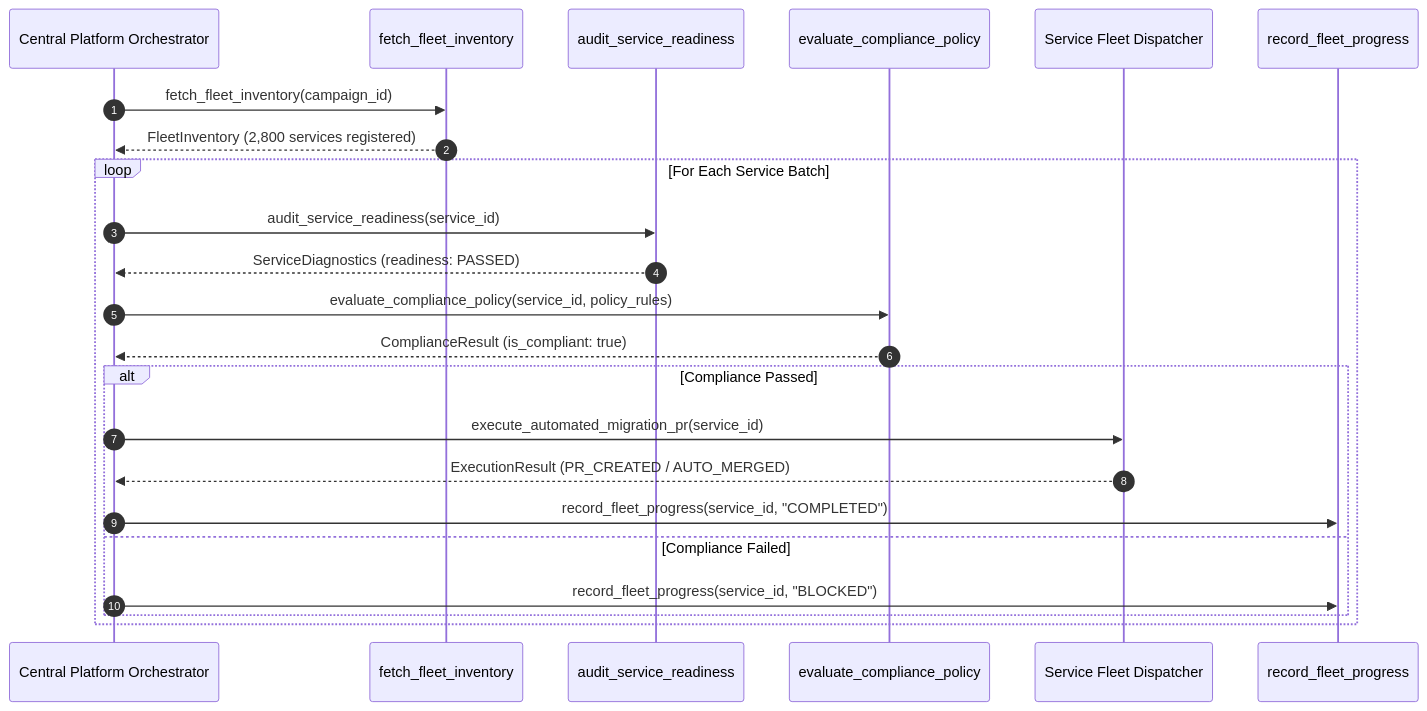
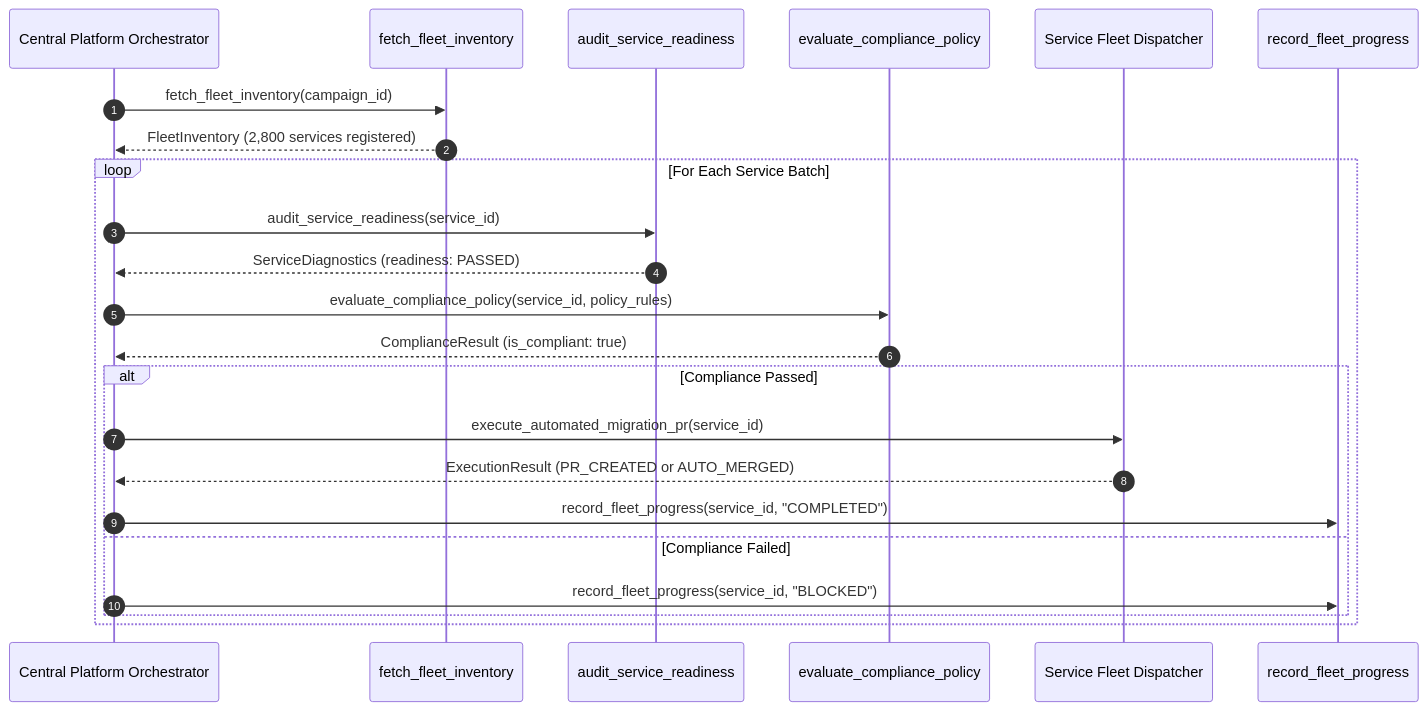
The second of 2 diagrams in notebooks/runbooks/refs/10-core-patterns-and-cutover/central-migration-team-model.md (Chief-Strategist-J/llm-observability-platform), drawn with Mermaid before and after one commit. The commit also changed 35 other files, not shown here.

Commit message:
fix(docs): resolve sequence diagram message label syntax errors across runbook suite

````diff
--- a/notebooks/runbooks/refs/10-core-patterns-and-cutover/central-migration-team-model.md
+++ b/notebooks/runbooks/refs/10-core-patterns-and-cutover/central-migration-team-model.md
@@ -64,29 +64,29 @@
 ```mermaid
 sequenceDiagram
     autonumber
     participant Central as Central Platform Orchestrator
     participant Inventory as fetch_fleet_inventory
     participant Scanner as audit_service_readiness
     participant Policy as evaluate_compliance_policy
     participant Fleet as Service Fleet Dispatcher
     participant Dashboard as record_fleet_progress
 
     Central->>Inventory: fetch_fleet_inventory(campaign_id)
     Inventory-->>Central: FleetInventory (2,800 services registered)
 
     loop For Each Service Batch
         Central->>Scanner: audit_service_readiness(service_id)
         Scanner-->>Central: ServiceDiagnostics (readiness: PASSED)
 
         Central->>Policy: evaluate_compliance_policy(service_id, policy_rules)
         Policy-->>Central: ComplianceResult (is_compliant: true)
 
         alt Compliance Passed
             Central->>Fleet: execute_automated_migration_pr(service_id)
-            Fleet-->>Central: ExecutionResult (PR_CREATED / AUTO_MERGED)
+            Fleet-->>Central: ExecutionResult (PR_CREATED or AUTO_MERGED)
             Central->>Dashboard: record_fleet_progress(service_id, "COMPLETED")
         else Compliance Failed
             Central->>Dashboard: record_fleet_progress(service_id, "BLOCKED")
         end
     end
 ```
````
